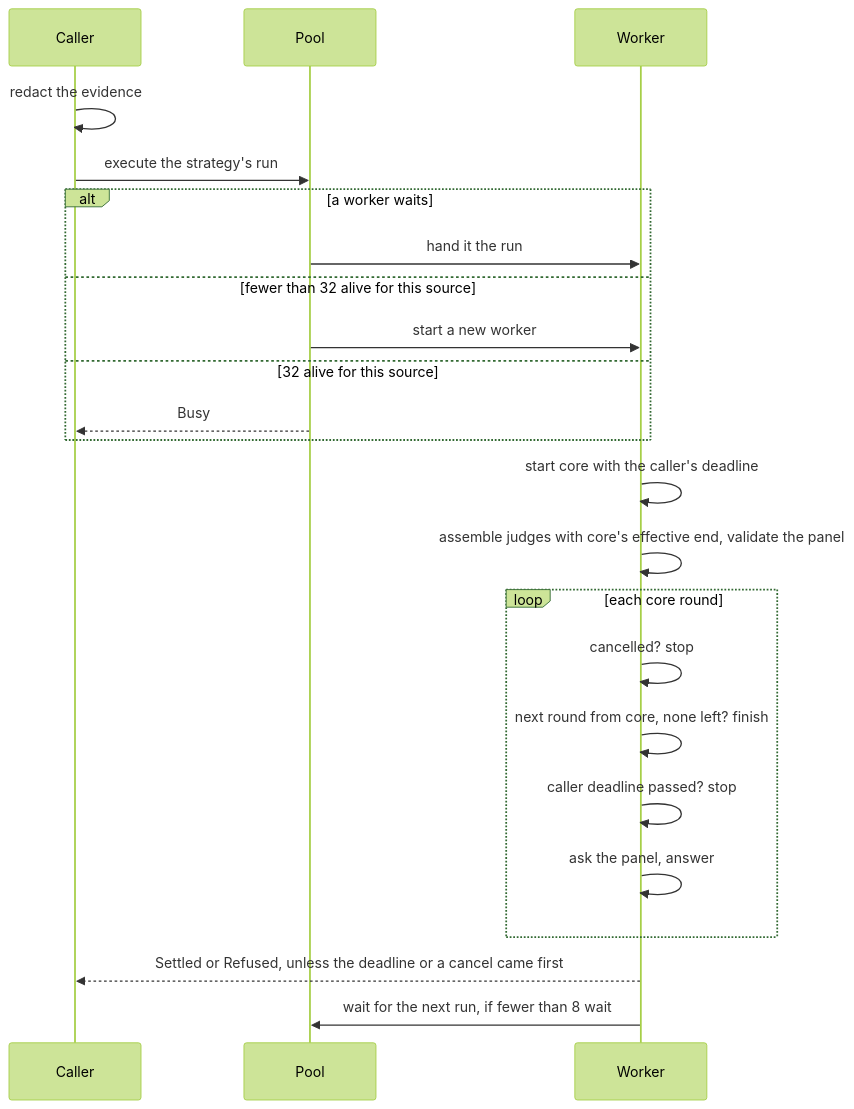
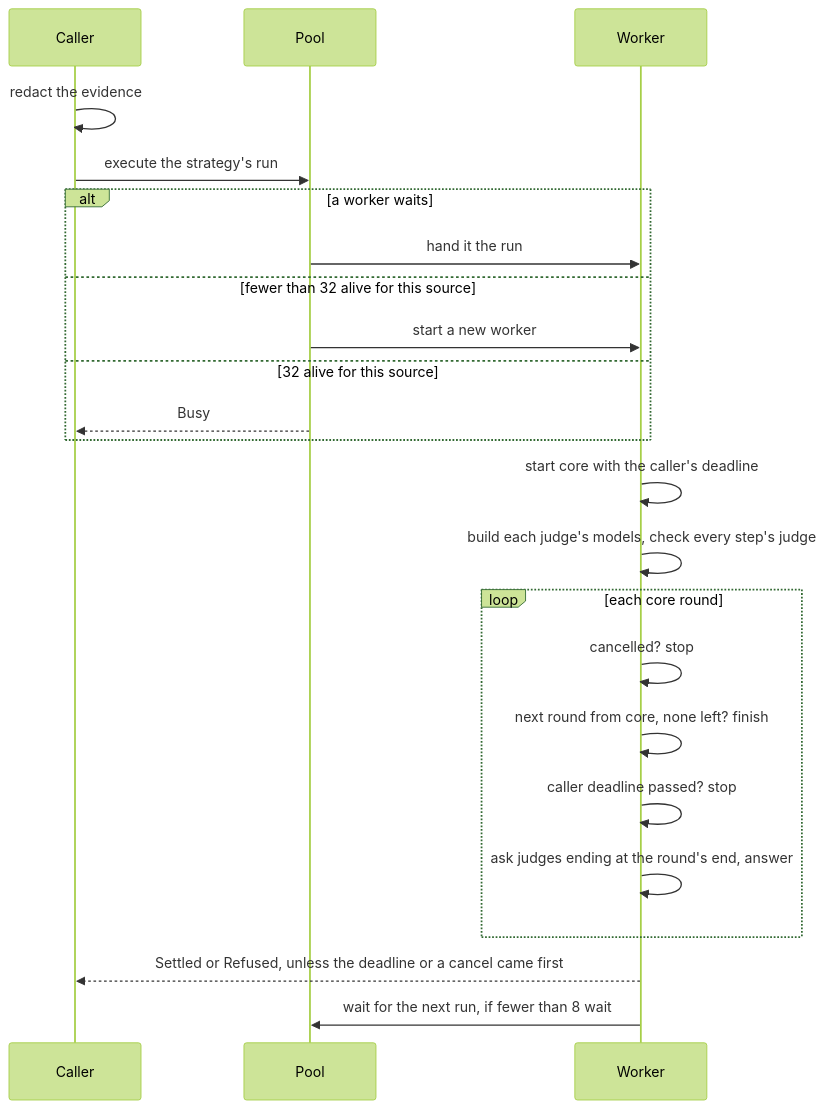
Before and after one commit to wrkhse/chauffeur: the diagram in crates/runtime/src/run/README.md, drawn with Mermaid (forest theme). The commit also changed other lines of this file and 3 other files, not shown here.

First line of the commit message:
fix(runtime): end the first round's judges just after the deadline

````diff
--- a/crates/runtime/src/run/README.md
+++ b/crates/runtime/src/run/README.md
@@ -8,25 +8,25 @@
 ```mermaid
 sequenceDiagram
     participant C as Caller
     participant P as Pool
     participant W as Worker
     C->>C: redact the evidence
     C->>P: execute the strategy's run
     alt a worker waits
         P->>W: hand it the run
     else fewer than 32 alive for this source
         P->>W: start a new worker
     else 32 alive for this source
         P-->>C: Busy
     end
     W->>W: start core with the caller's deadline
-    W->>W: assemble judges with core's effective end, validate the panel
+    W->>W: build each judge's models, check every step's judge
     loop each core round
         W->>W: cancelled? stop
         W->>W: next round from core, none left? finish
         W->>W: caller deadline passed? stop
-        W->>W: ask the panel, answer
+        W->>W: ask judges ending at the round's end, answer
     end
     W-->>C: Settled or Refused, unless the deadline or a cancel came first
     W->>P: wait for the next run, if fewer than 8 wait
 ```
````
